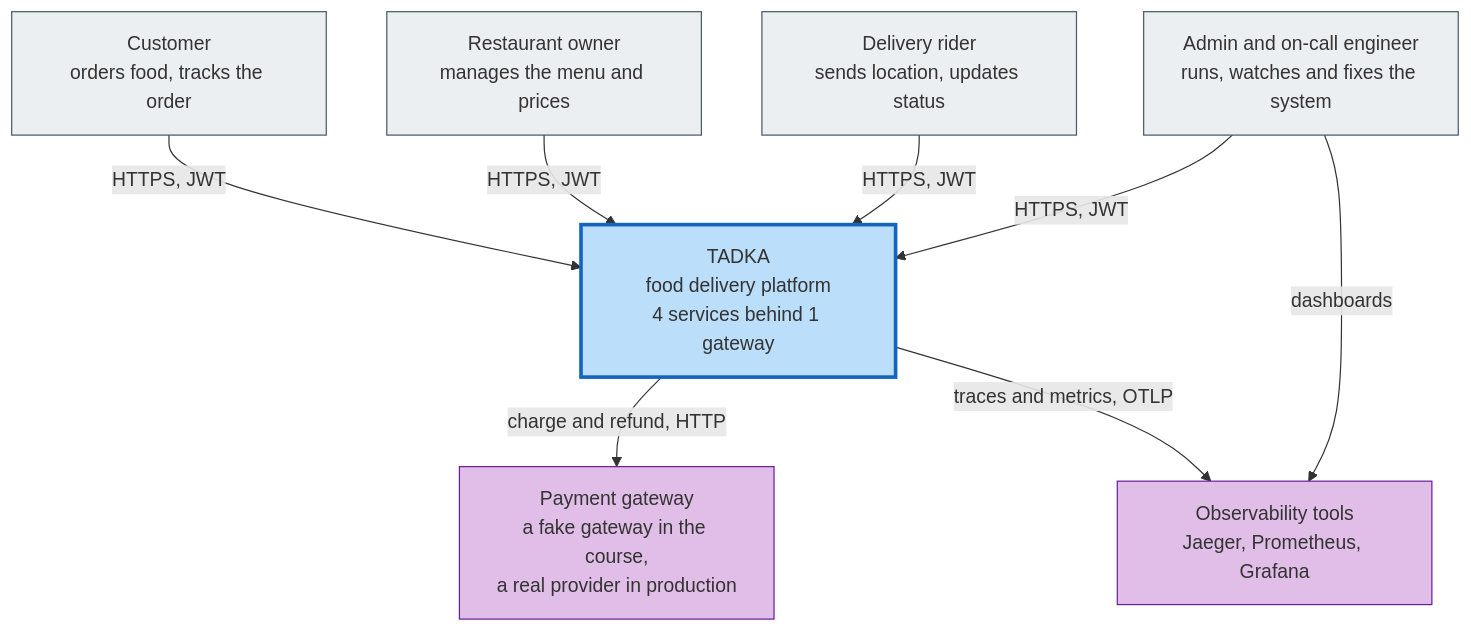
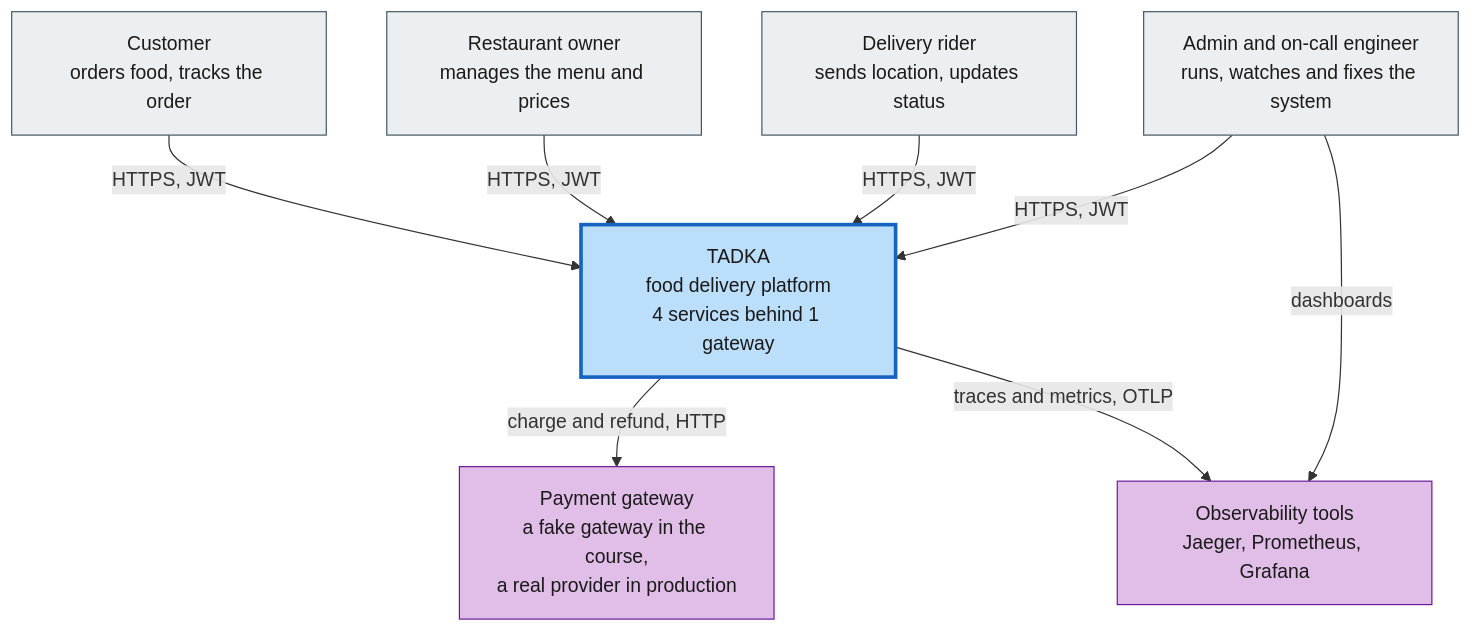
Before and after one commit to desiarchitect/tadka-cohort: the first of 19 diagrams in ai-assisted/architect-toolset/TADKA_DIAGRAM_GALLERY.md, drawn with Mermaid. The commit also changed other lines of this file and 1 other file, not shown here.

First line of the commit message:
docs(architect-toolset): make diagram node text readable in dark mode

````diff
--- a/ai-assisted/architect-toolset/TADKA_DIAGRAM_GALLERY.md
+++ b/ai-assisted/architect-toolset/TADKA_DIAGRAM_GALLERY.md
@@ -35,27 +35,27 @@
 ```mermaid
 flowchart TB
     customer["Customer<br/>orders food, tracks the order"]
     owner["Restaurant owner<br/>manages the menu and prices"]
     rider["Delivery rider<br/>sends location, updates status"]
     admin["Admin and on-call engineer<br/>runs, watches and fixes the system"]
 
     tadka["TADKA<br/>food delivery platform<br/>4 services behind 1 gateway"]
 
     pay["Payment gateway<br/>a fake gateway in the course,<br/>a real provider in production"]
     obs["Observability tools<br/>Jaeger, Prometheus, Grafana"]
 
     customer -->|"HTTPS, JWT"| tadka
     owner -->|"HTTPS, JWT"| tadka
     rider -->|"HTTPS, JWT"| tadka
     admin -->|"HTTPS, JWT"| tadka
     tadka -->|"charge and refund, HTTP"| pay
     tadka -->|"traces and metrics, OTLP"| obs
     admin -->|"dashboards"| obs
 
-    classDef person fill:#eceff1,stroke:#455a64;
-    classDef system fill:#bbdefb,stroke:#1565c0,stroke-width:3px;
-    classDef ext fill:#e1bee7,stroke:#6a1b9a;
+    classDef person fill:#eceff1,stroke:#455a64,color:#1a1a1a;
+    classDef system fill:#bbdefb,stroke:#1565c0,stroke-width:3px,color:#1a1a1a;
+    classDef ext fill:#e1bee7,stroke:#6a1b9a,color:#1a1a1a;
     class customer,owner,rider,admin person;
     class tadka system;
     class pay,obs ext;
 ```
````
